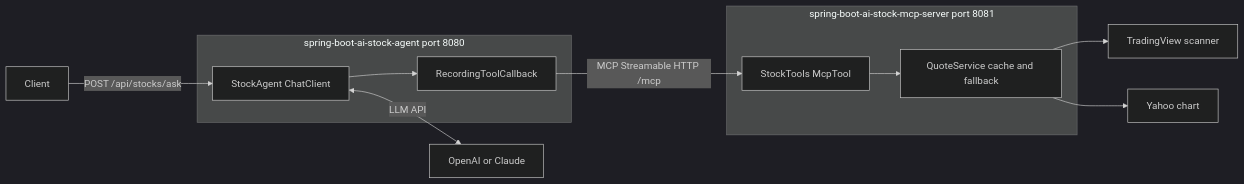
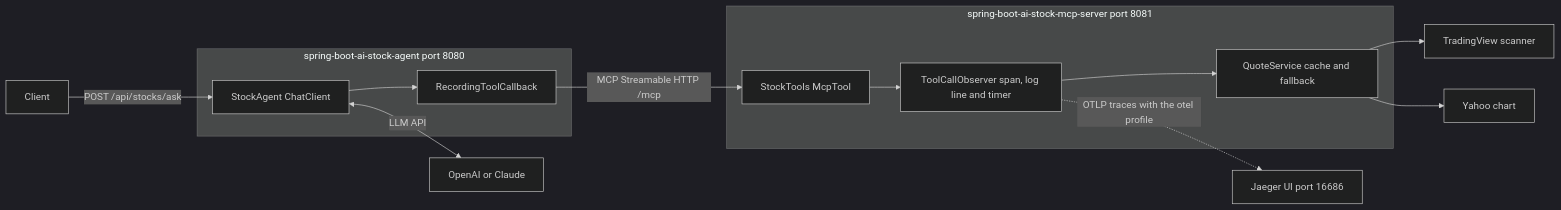
Before and after one commit to tufangorel/spring-boot-ai-stock-mcp: the diagram in README.md, drawn with Mermaid (dark theme). The commit also changed other lines of this file and 1 other file, not shown here.

First line of the commit message:
Document the otel profile, the Jaeger connection and the tool call observer in the README

````diff
--- a/README.md
+++ b/README.md
@@ -10,18 +10,21 @@
 ```mermaid
 flowchart LR
     Client -->|"POST /api/stocks/ask"| Agent
     subgraph agentModule [spring-boot-ai-stock-agent port 8080]
         Agent["StockAgent ChatClient"]
         Recorder["RecordingToolCallback"]
         Agent --> Recorder
     end
     Agent <-->|LLM API| LLM["OpenAI or Claude"]
     Recorder -->|"MCP Streamable HTTP /mcp"| Tools
     subgraph serverModule [spring-boot-ai-stock-mcp-server port 8081]
         Tools["StockTools McpTool"]
+        Observer["ToolCallObserver span, log line and timer"]
         Routing["QuoteService cache and fallback"]
-        Tools --> Routing
+        Tools --> Observer
+        Observer --> Routing
     end
     Routing --> TV["TradingView scanner"]
     Routing --> YF["Yahoo chart"]
+    Observer -.->|"OTLP traces with the otel profile"| Jaeger["Jaeger UI port 16686"]
 ```
````
